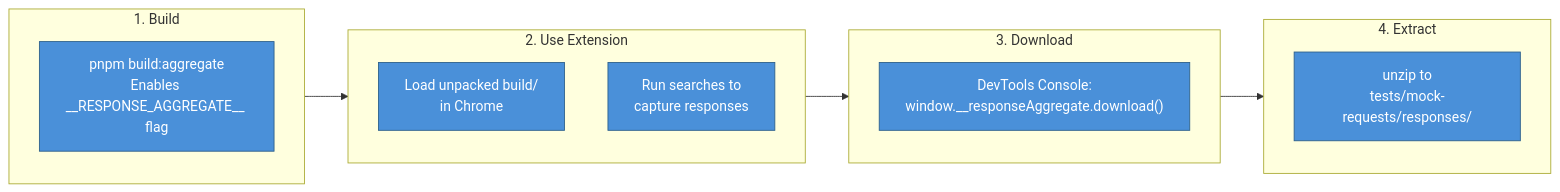
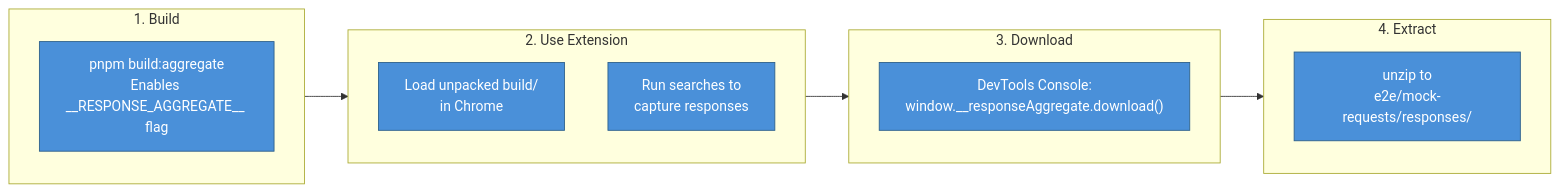
Before and after one commit to jhyland87/chem-pal: the diagram in wiki_files/Testing.md, drawn with Mermaid. The commit also changed other lines of this file and 82 other files, not shown here.

````diff
--- a/wiki_files/Testing.md
+++ b/wiki_files/Testing.md
@@ -92,24 +92,24 @@
 ```mermaid
 flowchart LR
 subgraph Step1["1. Build"]
 B["pnpm build:aggregate\nEnables __RESPONSE_AGGREGATE__ flag"]
 end
 
 subgraph Step2["2. Use Extension"]
 L["Load unpacked build/\nin Chrome"]
 S["Run searches to\ncapture responses"]
 end
 
 subgraph Step3["3. Download"]
 C["DevTools Console:\nwindow.__responseAggregate.download()"]
 end
 
 subgraph Step4["4. Extract"]
-E["unzip to\ntests/mock-requests/responses/"]
+E["unzip to\ne2e/mock-requests/responses/"]
 end
 
 Step1 --> Step2 --> Step3 --> Step4
 
 classDef step fill:#4A90D9,stroke:#2C5F8A,color:#fff
 class B,L,S,C,E step
 ```
````
